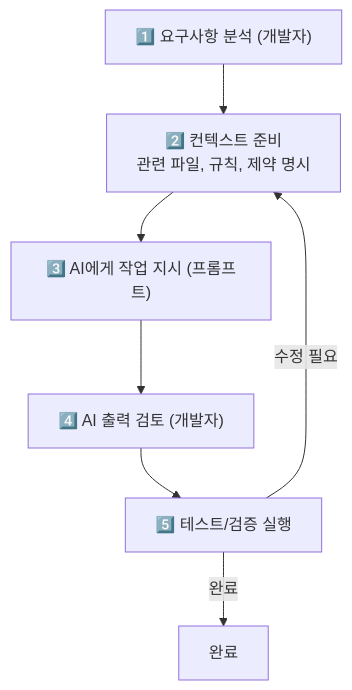
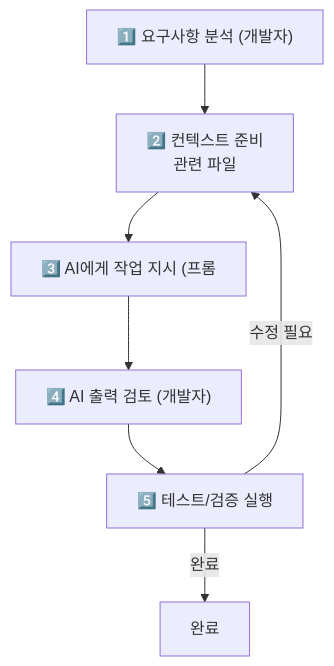
The first of 3 diagrams in _posts/ai/2026-05-01-ai-driven-development.md (yjkim2015/yjkim2015.github.io), drawn with Mermaid before and after one commit. The commit also changed other lines of this file and 271 other files, not shown here.

First line of the commit message:
Mermaid 라벨 축소: 긴 노드 텍스트 18자 이하로 트림 + \n 제거

````diff
--- a/_posts/ai/2026-05-01-ai-driven-development.md
+++ b/_posts/ai/2026-05-01-ai-driven-development.md
@@ -40,9 +40,9 @@
 ```mermaid
 graph TD
-    A["1️⃣ 요구사항 분석 (개발자)"] --> B["2️⃣ 컨텍스트 준비\n관련 파일, 규칙, 제약 명시"]
-    B --> C["3️⃣ AI에게 작업 지시 (프롬프트)"]
+    A["1️⃣ 요구사항 분석 (개발자)"] --> B["2️⃣ 컨텍스트 준비\n관련 파일"]
+    B --> C["3️⃣ AI에게 작업 지시 (프롬"]
     C --> D["4️⃣ AI 출력 검토 (개발자)"]
     D --> E["5️⃣ 테스트/검증 실행"]
     E -->|"수정 필요"| B
     E -->|"완료"| F["완료"]
 ```
````
